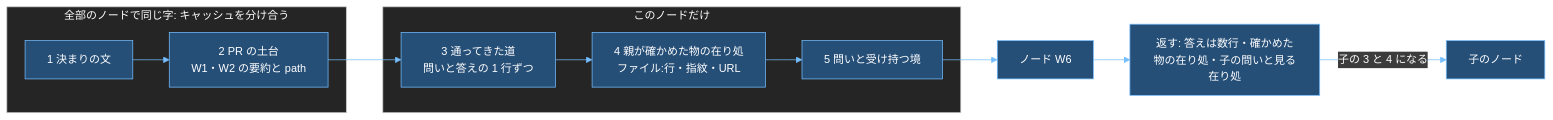
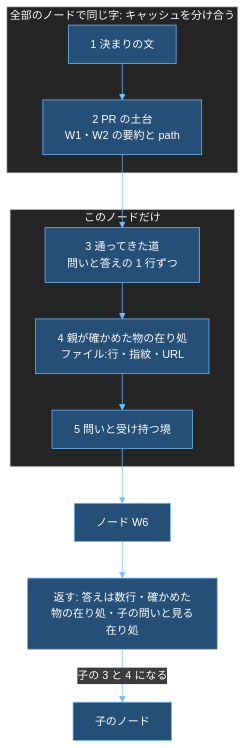
Before and after one commit to raiki61/claude-plugins: the fifth of 6 diagrams in attention/docs/my-turn-workflow-design.md, drawn with Mermaid. The commit also changed other lines of this file, not shown here.

Commit message:
docs(attention): 設計案の初見の読み手の指摘を直し、受け渡しと全体の流れの図をプレビューの幅で読める大きさにする（頼み dfdc52）

````diff
--- a/attention/docs/my-turn-workflow-design.md
+++ b/attention/docs/my-turn-workflow-design.md
@@ -171,14 +171,14 @@
 ```mermaid
 %%{init: {"theme":"base","themeVariables":{"darkMode":true,"background":"#1e1e1e","fontSize":"15px","primaryColor":"#264f78","primaryTextColor":"#ffffff","primaryBorderColor":"#75beff","secondaryColor":"#3a3d41","tertiaryColor":"#2d2d30","lineColor":"#75beff","textColor":"#f0f0f0","titleColor":"#ffffff","clusterBkg":"#252526","clusterBorder":"#c8c8c8","edgeLabelBackground":"#3c3c3c","nodeTextColor":"#ffffff","actorBkg":"#264f78","actorBorder":"#75beff","actorTextColor":"#ffffff","actorLineColor":"#c8c8c8","signalColor":"#75beff","signalTextColor":"#f0f0f0","noteBkgColor":"#5c4b00","noteTextColor":"#ffffff","noteBorderColor":"#d7ba7d","labelBoxBkgColor":"#264f78","labelTextColor":"#ffffff","loopTextColor":"#f0f0f0","sequenceNumberColor":"#ffffff"}}}%%
-flowchart LR
+flowchart TB
   subgraph SAME["全部のノードで同じ字: キャッシュを分け合う"]
     R1["1 決まりの文"] --> R2["2 PR の土台<br/>W1・W2 の要約と path"]
   end
   subgraph OWN["このノードだけ"]
     R3["3 通ってきた道<br/>問いと答えの 1 行ずつ"] --> R4["4 親が確かめた物の在り処<br/>ファイル:行・指紋・URL"] --> R5["5 問いと受け持つ境"]
   end
   R2 --> R3
   R5 --> N["ノード W6"]
   N --> RET["返す: 答えは数行・確かめた物の在り処・子の問いと見る在り処"]
   RET -->|子の 3 と 4 になる| CH["子のノード"]
 ```
````
